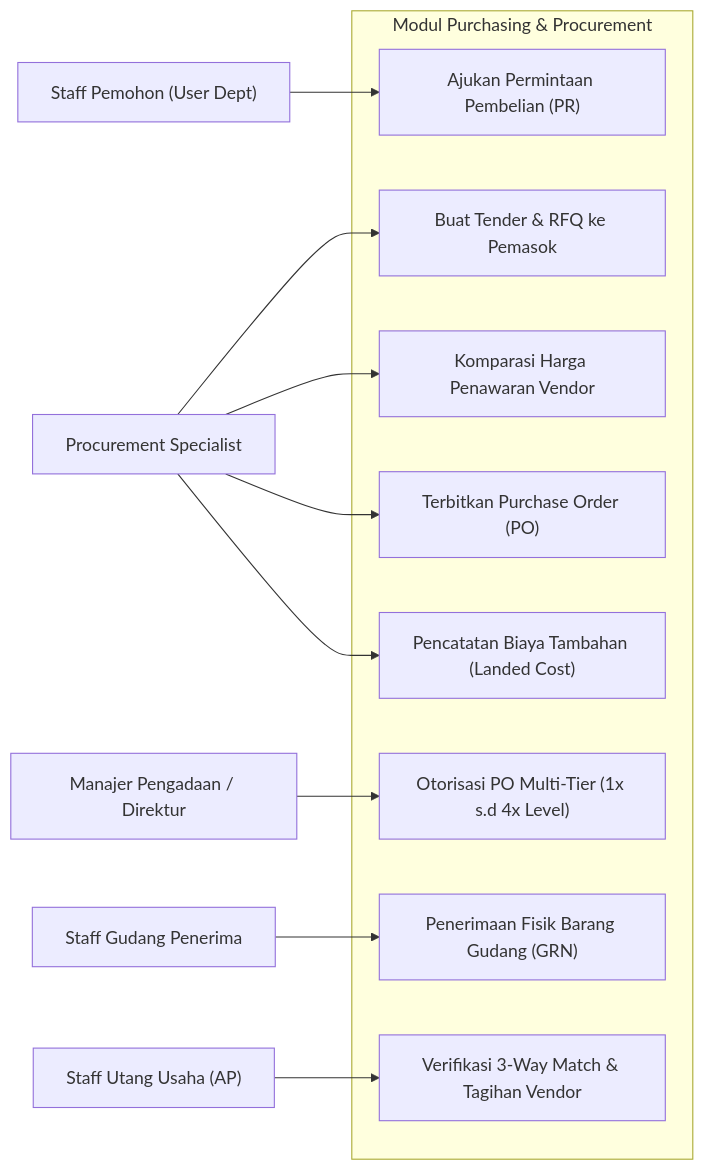
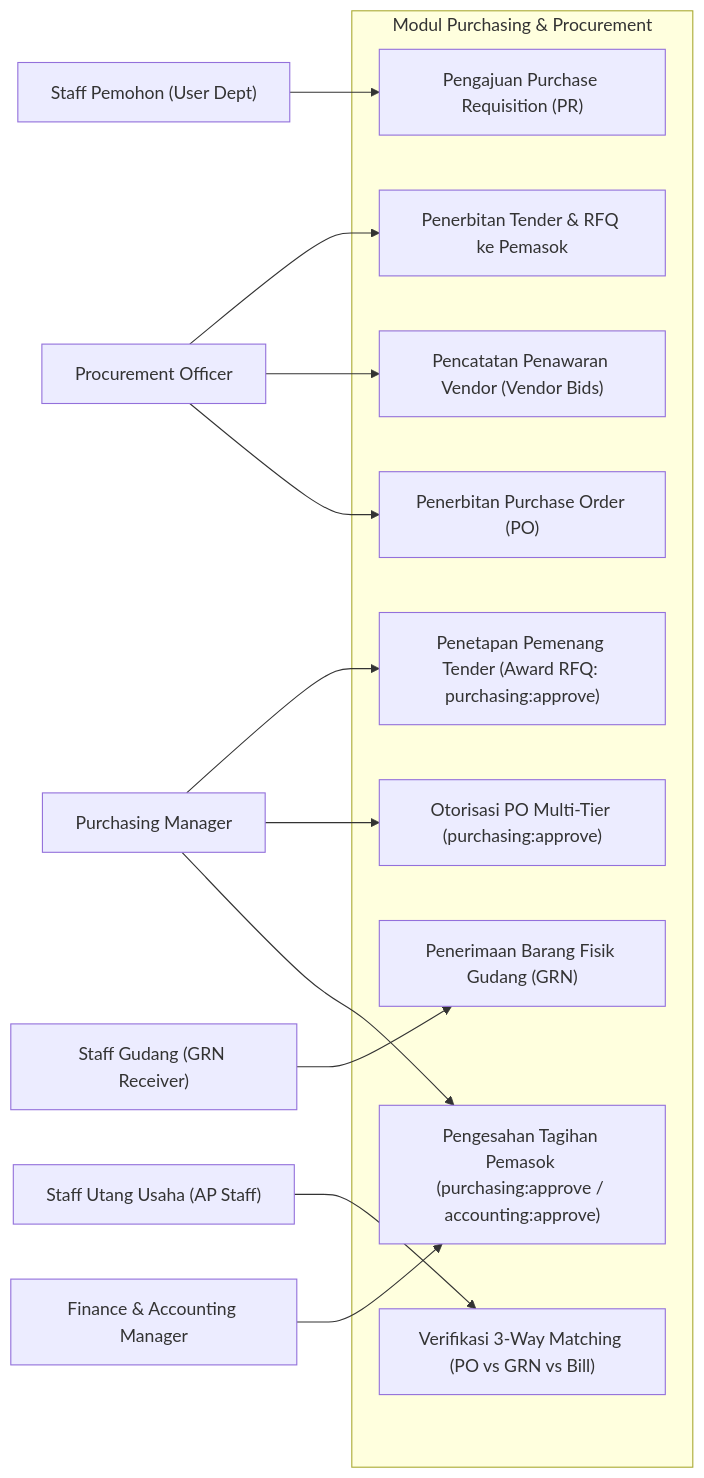
Before and after one commit to Vall-Here/mnf-erp-nextjs-golang: the first of 4 diagrams in sdd/04_purchasing_sdd.md, drawn with Mermaid. The commit also changed other lines of this file and 10 other files, not shown here.

````diff
--- a/sdd/04_purchasing_sdd.md
+++ b/sdd/04_purchasing_sdd.md
@@ -13,31 +13,34 @@
 ```mermaid
 flowchart LR
     Requester["Staff Pemohon (User Dept)"]
-    Buyer["Procurement Specialist"]
-    Mgr["Manajer Pengadaan / Direktur"]
-    Receiver["Staff Gudang Penerima"]
-    APStaff["Staff Utang Usaha (AP)"]
+    Buyer["Procurement Officer"]
+    PurchMgr["Purchasing Manager"]
+    FinMgr["Finance & Accounting Manager"]
+    Receiver["Staff Gudang (GRN Receiver)"]
+    APStaff["Staff Utang Usaha (AP Staff)"]
 
     subgraph PurchasingModule ["Modul Purchasing & Procurement"]
-        UC1["Ajukan Permintaan Pembelian (PR)"]
-        UC2["Buat Tender & RFQ ke Pemasok"]
-        UC3["Komparasi Harga Penawaran Vendor"]
-        UC4["Terbitkan Purchase Order (PO)"]
-        UC5["Otorisasi PO Multi-Tier (1x s.d 4x Level)"]
-        UC6["Penerimaan Fisik Barang Gudang (GRN)"]
-        UC7["Pencatatan Biaya Tambahan (Landed Cost)"]
-        UC8["Verifikasi 3-Way Match & Tagihan Vendor"]
+        UC1["Pengajuan Purchase Requisition (PR)"]
+        UC2["Penerbitan Tender & RFQ ke Pemasok"]
+        UC3["Pencatatan Penawaran Vendor (Vendor Bids)"]
+        UC4["Penetapan Pemenang Tender (Award RFQ: purchasing:approve)"]
+        UC5["Penerbitan Purchase Order (PO)"]
+        UC6["Otorisasi PO Multi-Tier (purchasing:approve)"]
+        UC7["Penerimaan Barang Fisik Gudang (GRN)"]
+        UC8["Verifikasi 3-Way Matching (PO vs GRN vs Bill)"]
+        UC9["Pengesahan Tagihan Pemasok (purchasing:approve / accounting:approve)"]
     end
 
     Requester --> UC1
     Buyer --> UC2
     Buyer --> UC3
-    Buyer --> UC4
+    Buyer --> UC5
 
-    Mgr --> UC5
+    PurchMgr --> UC4
+    PurchMgr --> UC6
+    PurchMgr --> UC9
+    FinMgr --> UC9
 
-    Receiver --> UC6
-
-    Buyer --> UC7
+    Receiver --> UC7
     APStaff --> UC8
 ```
````
